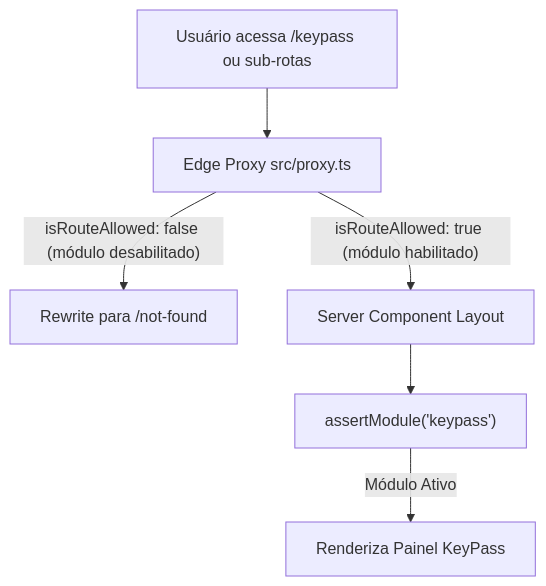
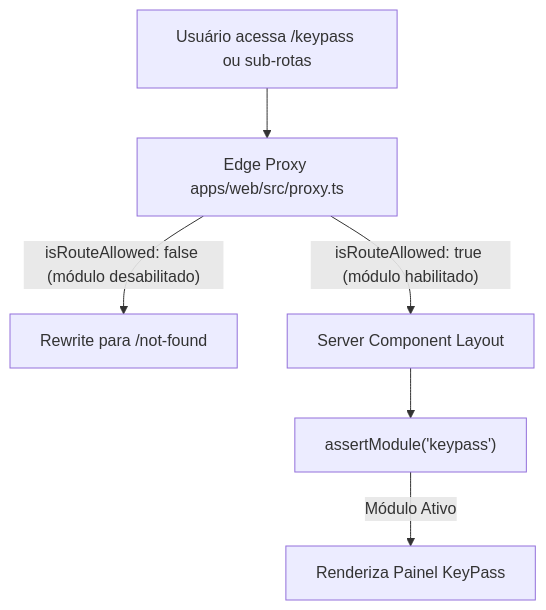
Before and after one commit to gui-bus/clubkey: the first of 2 diagrams in docs/pages/portal/KEYPASS.md, drawn with Mermaid. The commit also changed other lines of this file and 9 other files, not shown here.

````diff
--- a/docs/pages/portal/KEYPASS.md
+++ b/docs/pages/portal/KEYPASS.md
@@ -13,8 +13,8 @@
 ```mermaid
 flowchart TD
-    Req["Usuário acessa /keypass ou sub-rotas"] --> Proxy["Edge Proxy src/proxy.ts"]
+    Req["Usuário acessa /keypass ou sub-rotas"] --> Proxy["Edge Proxy apps/web/src/proxy.ts"]
     Proxy -- "isRouteAllowed: false (módulo desabilitado)" --> 404["Rewrite para /not-found"]
     Proxy -- "isRouteAllowed: true (módulo habilitado)" --> Layout["Server Component Layout"]
     Layout --> Guard["assertModule('keypass')"]
     Guard -- "Módulo Ativo" --> Page["Renderiza Painel KeyPass"]
 ```
````
